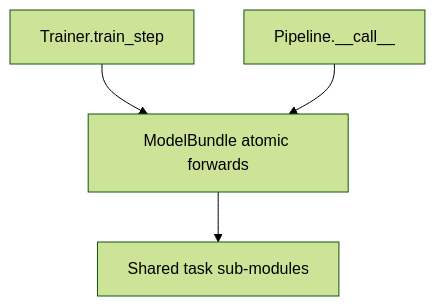
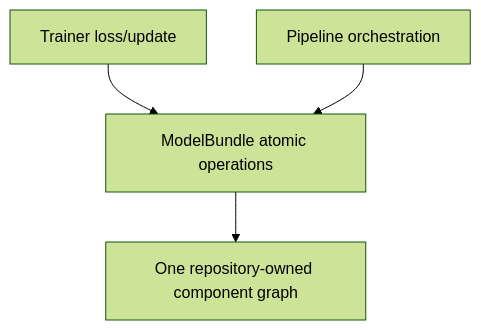
Before and after one commit to ZeyuLing/HFTrainer: the second of 2 diagrams in docs/en/architecture.md, drawn with Mermaid (forest theme). The commit also changed other lines of this file and 486 other files, not shown here.

````diff
--- a/docs/en/architecture.md
+++ b/docs/en/architecture.md
@@ -114,6 +135,6 @@
 ```mermaid
 flowchart TB
-    A["Trainer.train_step"] --> B["ModelBundle atomic forwards"]
-    C["Pipeline.__call__"] --> B
-    B --> D["Shared task sub-modules"]
+    A["Trainer loss/update"] --> B["ModelBundle atomic operations"]
+    C["Pipeline orchestration"] --> B
+    B --> D["One repository-owned component graph"]
 ```
````
